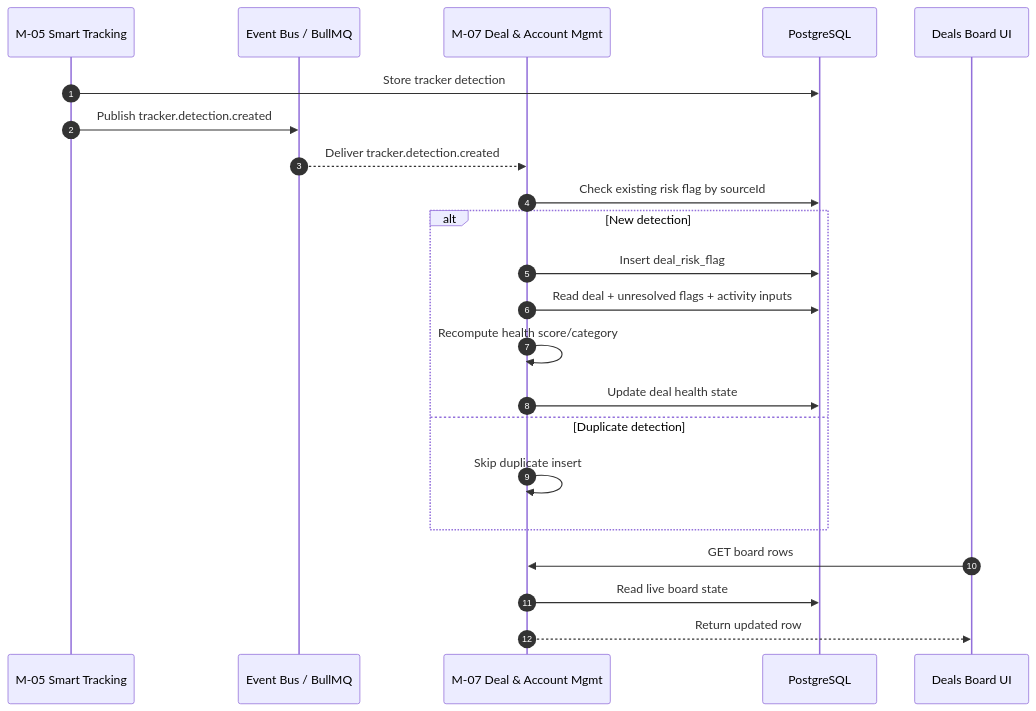
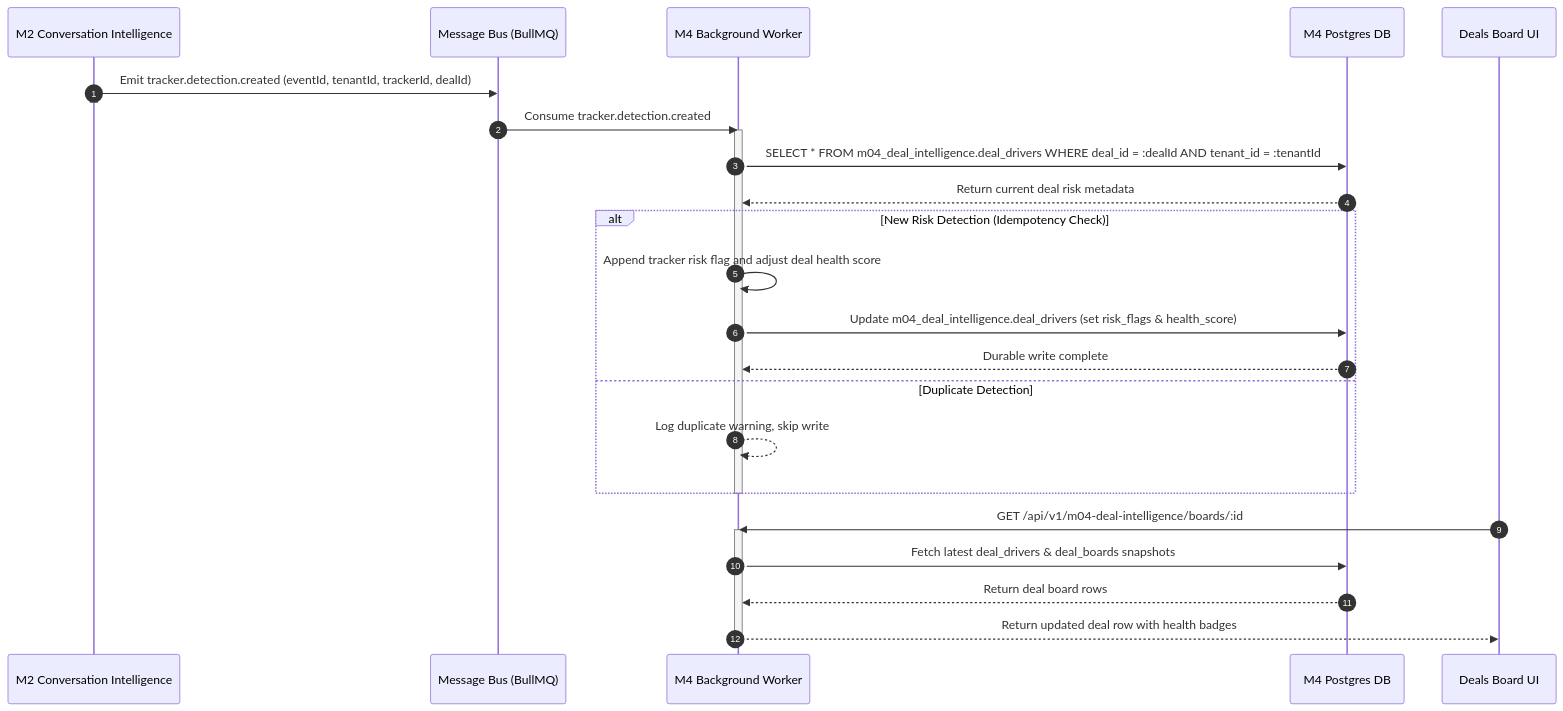
The second of 5 diagrams in Reference documents/M4 Deal Intelligence/Sequence Diagrams for M4.md (PoojaTiwari09/FB-and-RP-Fixes), drawn with Mermaid before and after one commit. The commit also changed other lines of this file and 79 other files, not shown here.

````diff
--- a/Reference documents/M4 Deal Intelligence/Sequence Diagrams for M4.md
+++ b/Reference documents/M4 Deal Intelligence/Sequence Diagrams for M4.md
@@ -126,25 +58,34 @@
 ```mermaid
 sequenceDiagram
     autonumber
-    participant M05 as M-05 Smart Tracking
-    participant Q as Event Bus / BullMQ
-    participant M07 as M-07 Deal & Account Mgmt
-    participant DB as PostgreSQL
+    participant M2 as M2 Conversation Intelligence
+    participant Bus as Message Bus (BullMQ)
+    participant M4 as M4 Background Worker
+    participant M4_DB as M4 Postgres DB
     participant UI as Deals Board UI
 
-    M05->>DB: Store tracker detection
-    M05->>Q: Publish tracker.detection.created
-    Q-->>M07: Deliver tracker.detection.created
-    M07->>DB: Check existing risk flag by sourceId
-    alt New detection
-        M07->>DB: Insert deal_risk_flag
-        M07->>DB: Read deal + unresolved flags + activity inputs
-        M07->>M07: Recompute health score/category
-        M07->>DB: Update deal health state
-    else Duplicate detection
-        M07->>M07: Skip duplicate insert
+    M2->>Bus: Emit tracker.detection.created (eventId, tenantId, trackerId, dealId)
+    activate M2
+    deactivate M2
+
+    Bus->>M4: Consume tracker.detection.created
+    activate M4
+    M4->>M4_DB: SELECT * FROM m04_deal_intelligence.deal_drivers WHERE deal_id = :dealId AND tenant_id = :tenantId
+    M4_DB-->>M4: Return current deal risk metadata
+    
+    alt New Risk Detection (Idempotency Check)
+        M4->>M4: Append tracker risk flag and adjust deal health score
+        M4->>M4_DB: Update m04_deal_intelligence.deal_drivers (set risk_flags & health_score)
+        M4_DB-->>M4: Durable write complete
+    else Duplicate Detection
+        M4-->>M4: Log duplicate warning, skip write
     end
-    UI->>M07: GET board rows
-    M07->>DB: Read live board state
-    M07-->>UI: Return updated row
+    deactivate M4
+
+    UI->>M4: GET /api/v1/m04-deal-intelligence/boards/:id
+    activate M4
+    M4->>M4_DB: Fetch latest deal_drivers & deal_boards snapshots
+    M4_DB-->>M4: Return deal board rows
+    M4-->>UI: Return updated deal row with health badges
+    deactivate M4
 ```
````
